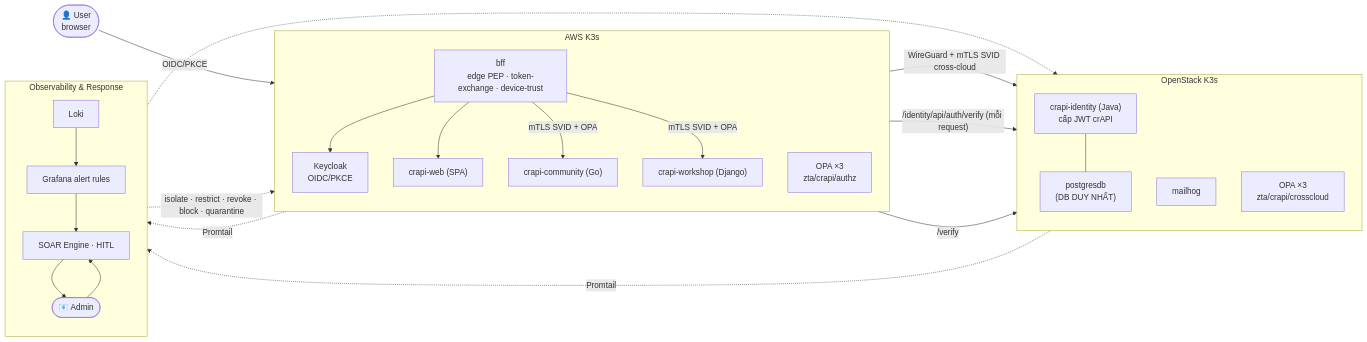
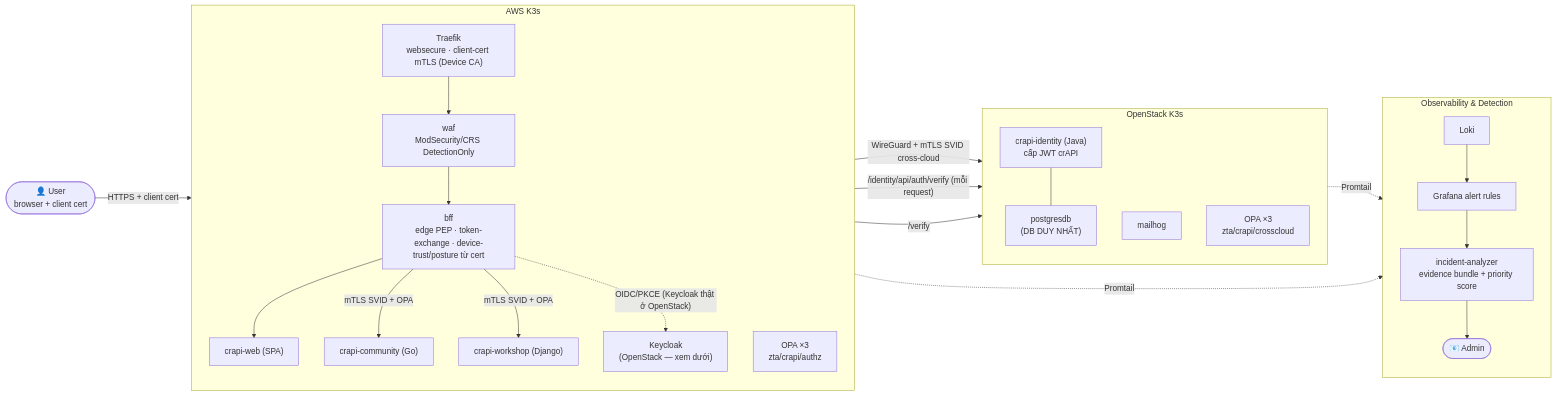
Before and after one commit to HoangBaoPhuoc/Zero-Trust-based-Security-Detection-and-Response: the second of 2 diagrams in README.md, drawn with Mermaid. The commit also changed other lines of this file and 3 other files, not shown here.

````diff
--- a/README.md
+++ b/README.md
@@ -104,45 +104,46 @@
 ```mermaid
 flowchart LR
-    U(["👤 User<br/>browser"])
+    U(["👤 User<br/>browser + client cert"])
 
     subgraph AWS["AWS K3s"]
         direction TB
-        KC["Keycloak<br/>OIDC/PKCE"]
-        BFF["bff<br/>edge PEP · token-exchange · device-trust"]
+        TR["Traefik<br/>websecure · client-cert mTLS (Device CA)"]
+        WAF["waf<br/>ModSecurity/CRS DetectionOnly"]
+        KC["Keycloak<br/>(OpenStack — xem dưới)"]
+        BFF["bff<br/>edge PEP · token-exchange · device-trust/posture từ cert"]
         WEB["crapi-web (SPA)"]
         COM["crapi-community (Go)"]
         WS["crapi-workshop (Django)"]
         OPAA["OPA ×3<br/>zta/crapi/authz"]
-        BFF --> KC
+        TR --> WAF --> BFF
         BFF --> WEB
         BFF -->|"mTLS SVID + OPA"| COM
         BFF -->|"mTLS SVID + OPA"| WS
     end
 
     subgraph OS["OpenStack K3s"]
         direction TB
         ID["crapi-identity (Java)<br/>cấp JWT crAPI"]
         PG["postgresdb<br/>(DB DUY NHẤT)"]
         MH["mailhog"]
         OPAO["OPA ×3<br/>zta/crapi/crosscloud"]
         ID --- PG
     end
 
-    subgraph OBS["Observability & Response"]
+    subgraph OBS["Observability & Detection"]
         direction TB
         LK["Loki"]
         GF["Grafana alert rules"]
-        SOAR["SOAR Engine · HITL"]
+        IA["incident-analyzer<br/>evidence bundle + priority score"]
         EM(["📧 Admin"])
-        LK --> GF --> SOAR --> EM --> SOAR
+        LK --> GF --> IA --> EM
     end
 
-    U -->|OIDC/PKCE| BFF
+    U -->|"HTTPS + client cert"| TR
     BFF -->|"WireGuard + mTLS SVID cross-cloud"| ID
+    BFF -.->|"OIDC/PKCE (Keycloak thật ở OpenStack)"| KC
     COM -->|"/identity/api/auth/verify (mỗi request)"| ID
     WS -->|"/verify"| ID
     AWS -.->|Promtail| LK
     OS -.->|Promtail| LK
-    SOAR -.->|"isolate · restrict · revoke · block · quarantine"| AWS
-    SOAR -.-> OS
 ```
````
